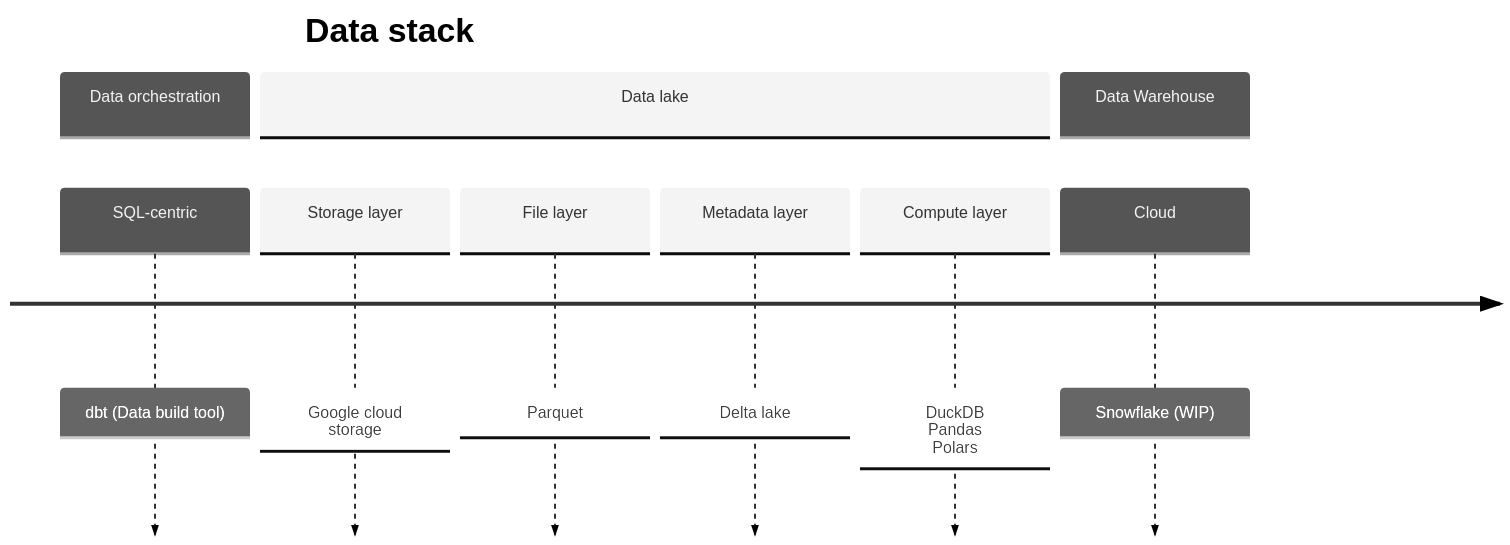
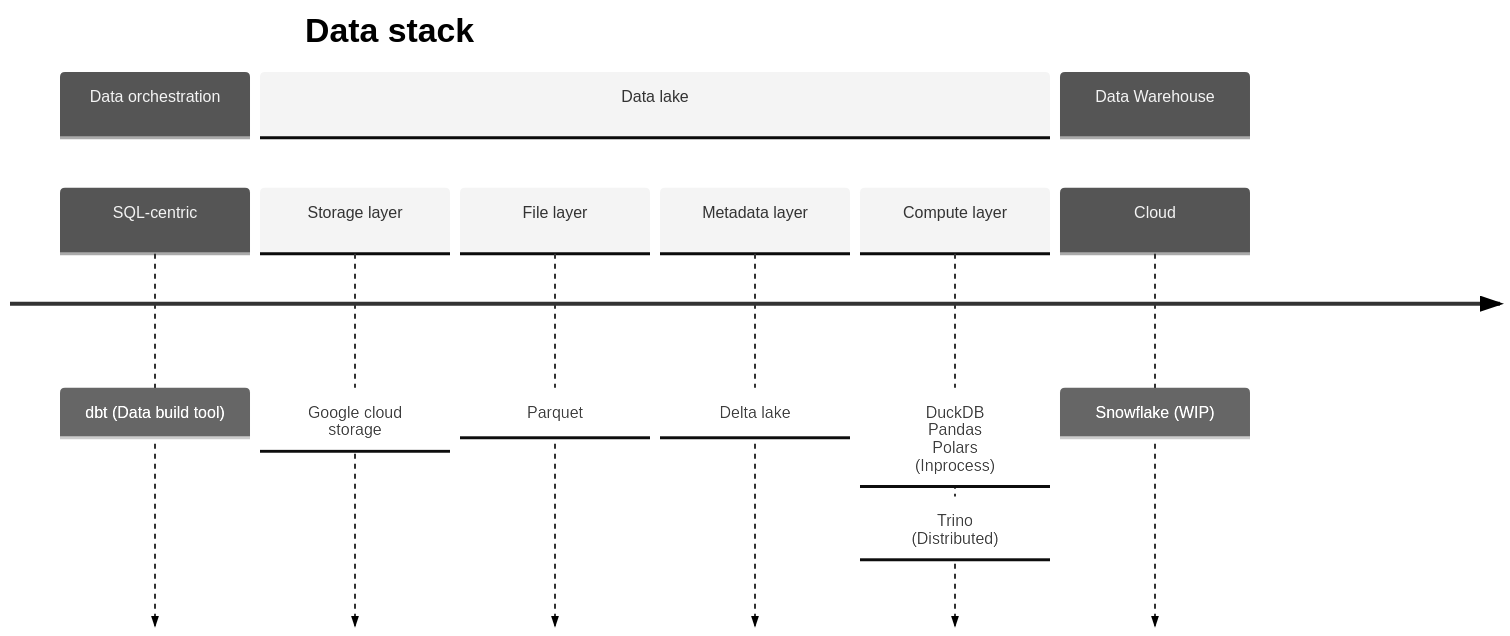
Before and after one commit to srikanthkote/trade_dbt_project: the first of 2 diagrams in README.md, drawn with Mermaid.

````diff
--- a/README.md
+++ b/README.md
@@ -8,17 +8,17 @@
 ```mermaid
 ---
 config:
   theme: neutral
 ---
 timeline
     title Data stack
     section Data orchestration
         SQL-centric : dbt (Data build tool)
     section Data lake
         Storage layer : Google cloud storage
         File layer : Parquet
         Metadata layer : Delta lake 
-        Compute layer : DuckDB <br> Pandas <br> Polars
+        Compute layer :  DuckDB <br> Pandas <br> Polars <br> (Inprocess) : Trino <br> (Distributed)
     section Data Warehouse
         Cloud : Snowflake (WIP)
 ```
````
